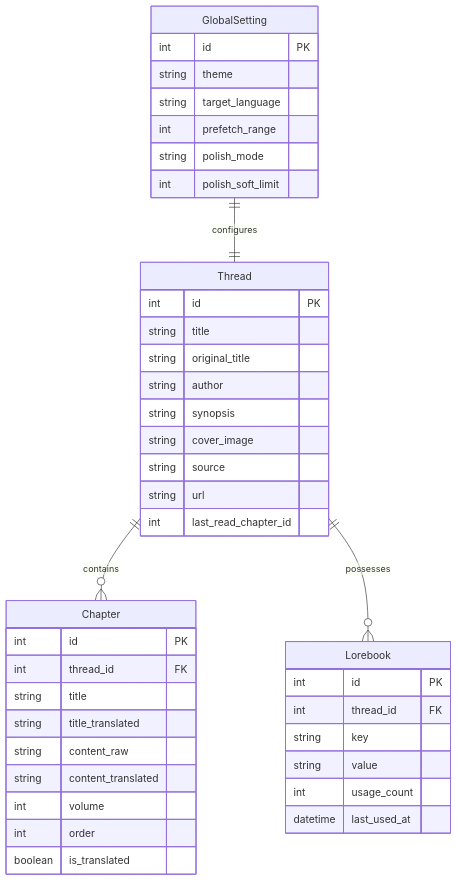
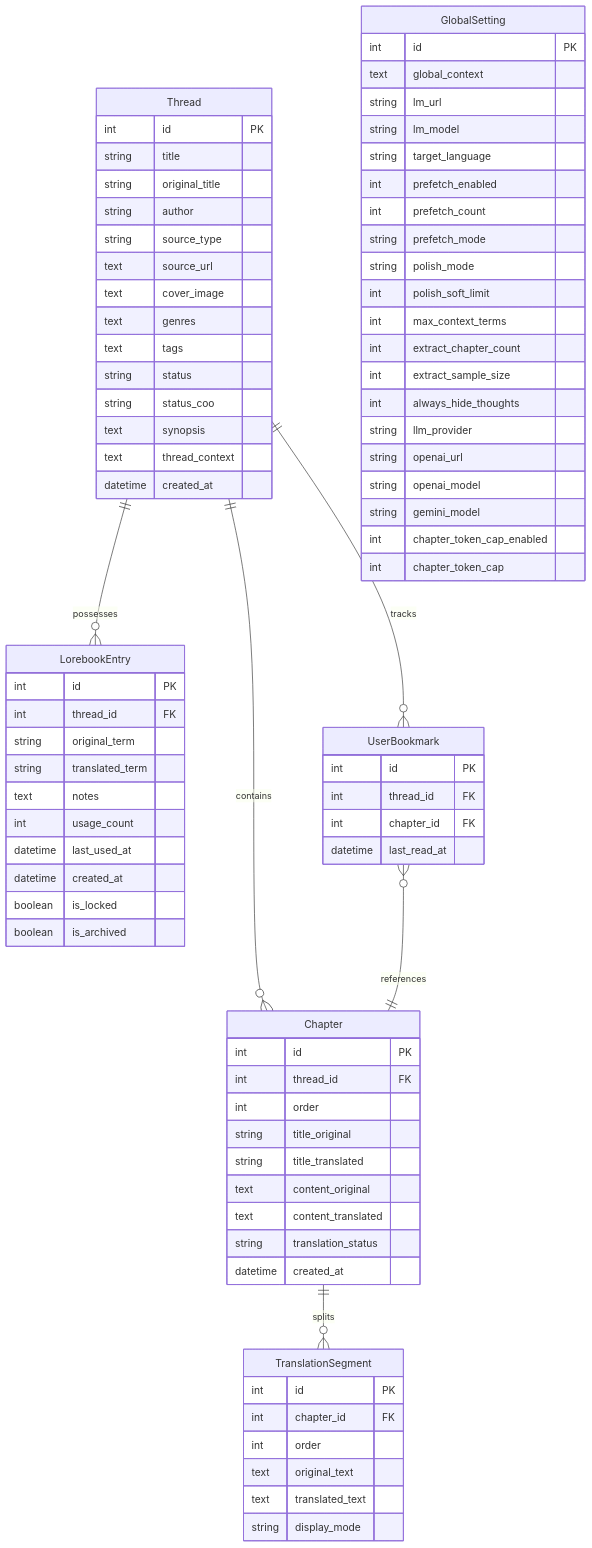
One commit to smone-jovan/Translator_Web changed the first of 2 diagrams in docs/Handoff.md. Above: the diagram before and after it, drawn with Mermaid. The commit also changed other lines of this file and 57 other files, not shown here.

````diff
--- a/docs/Handoff.md
+++ b/docs/Handoff.md
@@ -64,48 +73,89 @@
 ```mermaid
 erDiagram
     Thread ||--o{ Chapter : contains
-    Thread ||--o{ Lorebook : possesses
-    GlobalSetting ||--|| Thread : configures
+    Thread ||--o{ LorebookEntry : possesses
+    Thread ||--o{ UserBookmark : tracks
+    Chapter ||--o{ TranslationSegment : splits
+    UserBookmark }o--|| Chapter : references
     
     Thread {
         int id PK
         string title
         string original_title
         string author
-        string synopsis
-        string cover_image
-        string source
-        string url
-        int last_read_chapter_id
+        string source_type
+        text source_url
+        text cover_image
+        text genres
+        text tags
+        string status
+        string status_coo
+        text synopsis
+        text thread_context
+        datetime created_at
     }
     
     Chapter {
         int id PK
         int thread_id FK
-        string title
+        int order
+        string title_original
         string title_translated
-        string content_raw
-        string content_translated
-        int volume
-        int order
-        boolean is_translated
+        text content_original
+        text content_translated
+        string translation_status
+        datetime created_at
     }
     
-    Lorebook {
+    TranslationSegment {
+        int id PK
+        int chapter_id FK
+        int order
+        text original_text
+        text translated_text
+        string display_mode
+    }
+    
+    UserBookmark {
         int id PK
         int thread_id FK
-        string key
-        string value
+        int chapter_id FK
+        datetime last_read_at
+    }
+    
+    LorebookEntry {
+        int id PK
+        int thread_id FK
+        string original_term
+        string translated_term
+        text notes
         int usage_count
         datetime last_used_at
+        datetime created_at
+        boolean is_locked
+        boolean is_archived
     }
     
     GlobalSetting {
         int id PK
-        string theme
+        text global_context
+        string lm_url
+        string lm_model
         string target_language
-        int prefetch_range
+        int prefetch_enabled
+        int prefetch_count
+        string prefetch_mode
         string polish_mode
         int polish_soft_limit
+        int max_context_terms
+        int extract_chapter_count
+        int extract_sample_size
+        int always_hide_thoughts
+        string llm_provider
+        string openai_url
+        string openai_model
+        string gemini_model
+        int chapter_token_cap_enabled
+        int chapter_token_cap
     }
 ```
````
